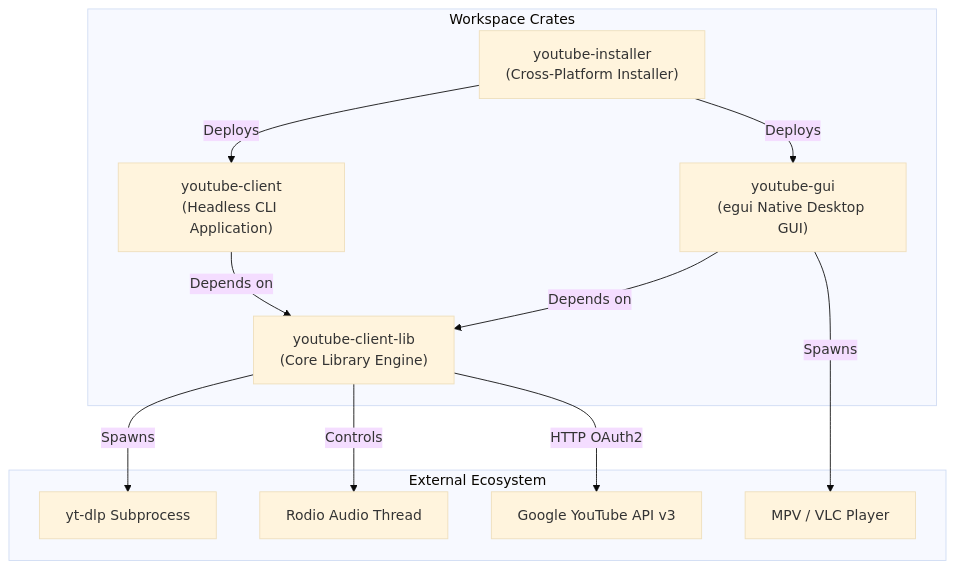
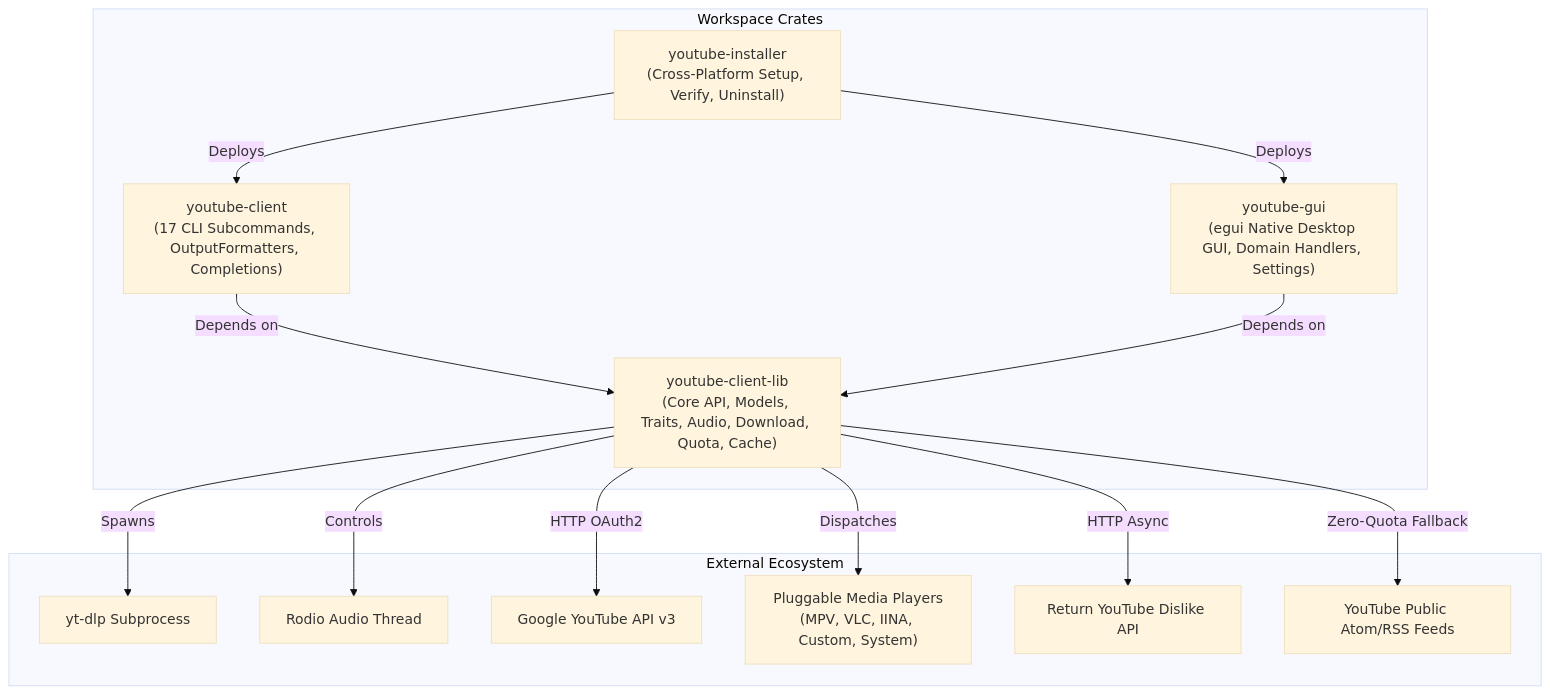
One commit to clockworkengineer/youtube-client changed the first of 4 diagrams in docs/architecture.md. Above: the diagram before and after it, drawn with Mermaid (base theme). The commit also changed other lines of this file and 20 other files, not shown here.

Commit message:
docs: overhaul documentation suite for v0.2.0, solid architecture, and dedicated crate readmes

````diff
--- a/docs/architecture.md
+++ b/docs/architecture.md
@@ -11,26 +11,30 @@
 ```mermaid
 graph TD
     subgraph "Workspace Crates"
-        LIB["youtube-client-lib<br/>(Core Library Engine)"]
-        CLI["youtube-client<br/>(Headless CLI Application)"]
-        GUI["youtube-gui<br/>(egui Native Desktop GUI)"]
-        INST["youtube-installer<br/>(Cross-Platform Installer)"]
+        LIB["youtube-client-lib<br/>(Core API, Models, Traits, Audio, Download, Quota, Cache)"]
+        CLI["youtube-client<br/>(17 CLI Subcommands, OutputFormatters, Completions)"]
+        GUI["youtube-gui<br/>(egui Native Desktop GUI, Domain Handlers, Settings)"]
+        INST["youtube-installer<br/>(Cross-Platform Setup, Verify, Uninstall)"]
     end
 
     subgraph "External Ecosystem"
         YTDL["yt-dlp Subprocess"]
         ROD["Rodio Audio Thread"]
         GAPI["Google YouTube API v3"]
-        PLAY["MPV / VLC Player"]
+        PLAY["Pluggable Media Players<br/>(MPV, VLC, IINA, Custom, System)"]
+        RYD["Return YouTube Dislike API"]
+        RSS["YouTube Public Atom/RSS Feeds"]
     end
 
     CLI -->|Depends on| LIB
     GUI -->|Depends on| LIB
     INST -->|Deploys| CLI
     INST -->|Deploys| GUI
 
     LIB -->|HTTP OAuth2| GAPI
     LIB -->|Spawns| YTDL
     LIB -->|Controls| ROD
-    GUI -->|Spawns| PLAY
+    LIB -->|HTTP Async| RYD
+    LIB -->|Zero-Quota Fallback| RSS
+    LIB -->|Dispatches| PLAY
 ```
````
